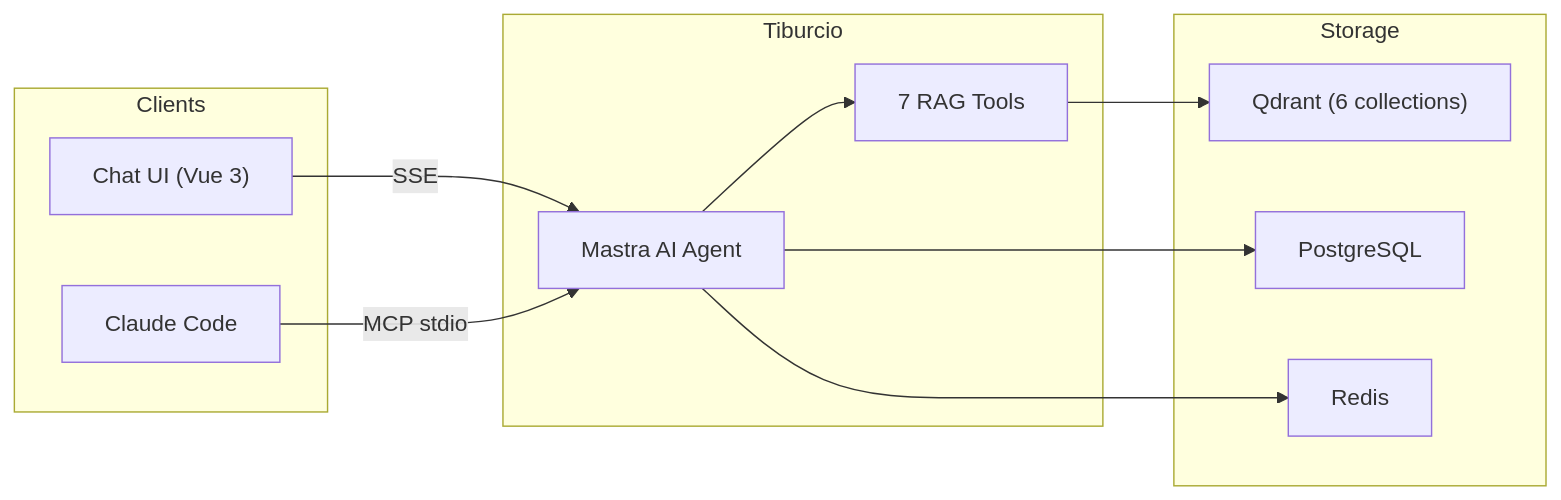
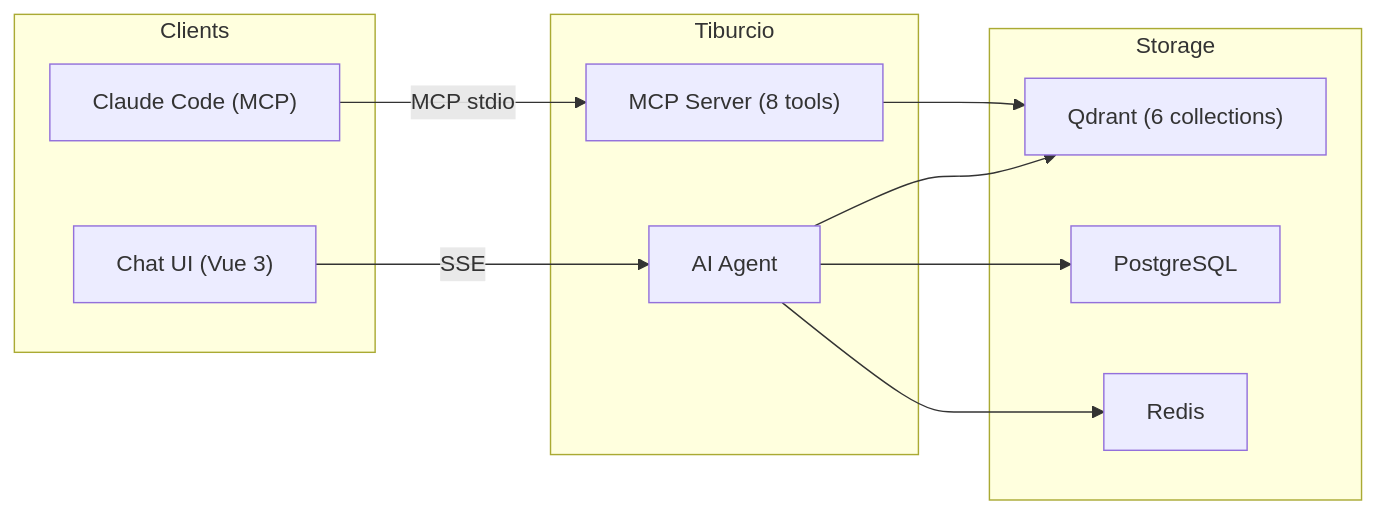
The first of 2 diagrams in README.md (JoaoMorais03/Tiburcio), drawn with Mermaid before and after one commit. The commit also changed other lines of this file and 6 other files, not shown here.

````diff
--- a/README.md
+++ b/README.md
@@ -49,24 +57,23 @@
 ```mermaid
 graph LR
     subgraph Clients
+        CC["Claude Code (MCP)"]
         UI["Chat UI (Vue 3)"]
-        CC["Claude Code"]
     end
 
     subgraph Tiburcio
-        Agent["Mastra AI Agent"]
-        Tools["7 RAG Tools"]
+        MCP["MCP Server (8 tools)"]
+        Agent["AI Agent"]
     end
 
     subgraph Storage
         Qdrant["Qdrant (6 collections)"]
         PG["PostgreSQL"]
         Redis["Redis"]
     end
 
-    UI -- SSE --> Agent
-    CC -- MCP stdio --> Agent
-    Agent --> Tools --> Qdrant
+    CC -- MCP stdio --> MCP --> Qdrant
+    UI -- SSE --> Agent --> Qdrant
     Agent --> PG
     Agent --> Redis
 ```
````
